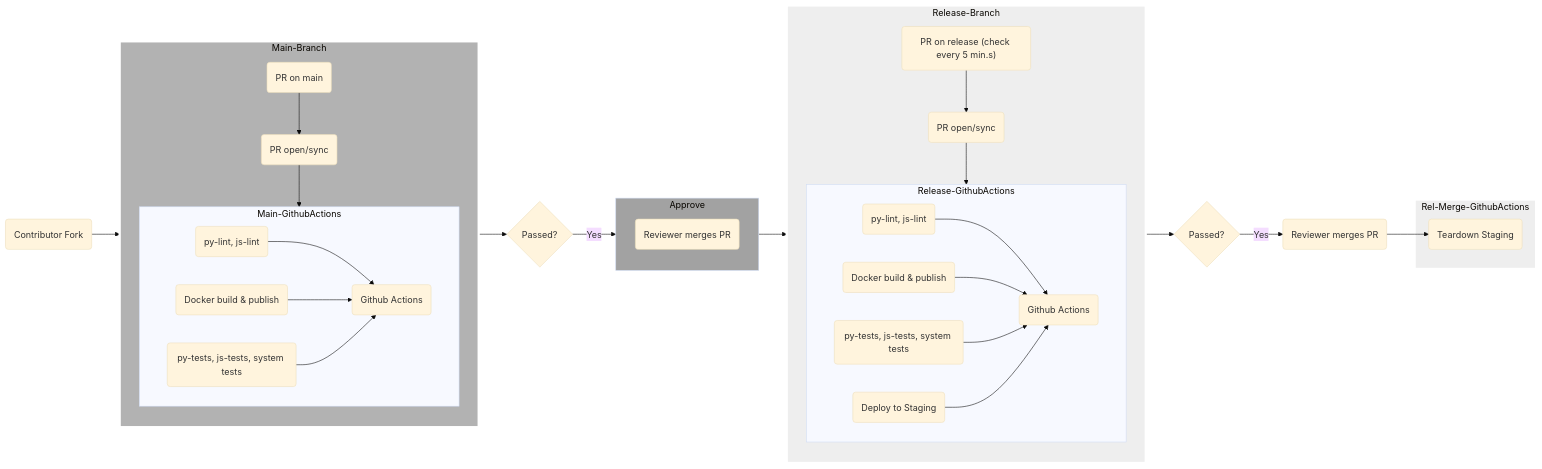
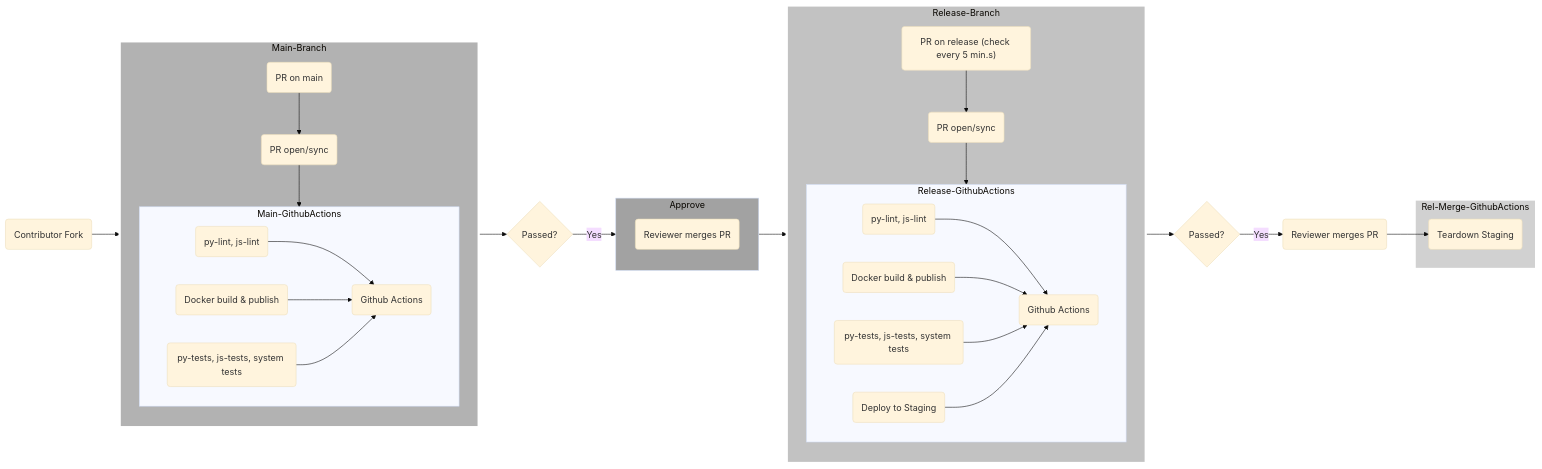
One commit to ambuda-org/ambuda changed the second of 2 diagrams in deploy/README.md. Above: the diagram before and after it, drawn with Mermaid (base theme). The commit also changed other lines of this file, not shown here.

Commit message:
changed colors for clarity. removed stale links

````diff
--- a/deploy/README.md
+++ b/deploy/README.md
@@ -31,56 +30,56 @@
 ```mermaid
 flowchart LR
     contributor(Contributor Fork)    
     ghact(Github Actions)
     pre(py-lint, js-lint)
     build(Docker build & publish)
     post(py-tests, js-tests, system tests)
     subgraph Main-Branch
         code(PR on main)
         code-->open(PR open/sync)
         open-->Main-GithubActions
         
         subgraph Main-GithubActions
             pre-->ghact
             build-->ghact
             post-->ghact
         end
     end
 
     subgraph Approve
         approve(Reviewer merges PR)
     end
 
     rel-ghact(Github Actions)
     rel-pre(py-lint, js-lint)
     rel-build(Docker build & publish)
     rel-post(py-tests, js-tests, system tests)
     rel-staging(Deploy to Staging)
     subgraph Release-Branch
         rel-pr("PR on release (check every 5 min.s)")
         rel-pr-->rel-pr-open(PR open/sync)
         rel-pr-open-->Release-GithubActions
         subgraph Release-GithubActions
             rel-pre-->rel-ghact
             rel-build-->rel-ghact
             rel-post-->rel-ghact
             rel-staging-->rel-ghact
         end
     end
     
     subgraph Rel-Merge-GithubActions
         rel-staging-down(Teardown staging)
     end
     
     style Main-Branch fill:#b2b2b2, stroke:#fff, stroke-width:4px
     style Approve fill:#a2a2a2
-    style Release-Branch fill:#eeeeee, stroke:#fff, stroke-width:4px
-    style Rel-Merge-GithubActions fill:#eeeeee, stroke:#fff, stroke-width:4px
+    style Release-Branch fill:#c2c2c2, stroke:#fff, stroke-width:4px
+    style Rel-Merge-GithubActions fill:#d1d1d1, stroke:#fff, stroke-width:4px
     contributor-->Main-Branch    
     Main-Branch-->check{Passed?}
     check-->|Yes|Approve    
     Approve-->Release-Branch
     Release-Branch-->rel-check{Passed?}
     rel-check-->|Yes|rel-merge(Reviewer merges PR)
     rel-merge-->rel-staging-down(Teardown Staging)
 ```
````
